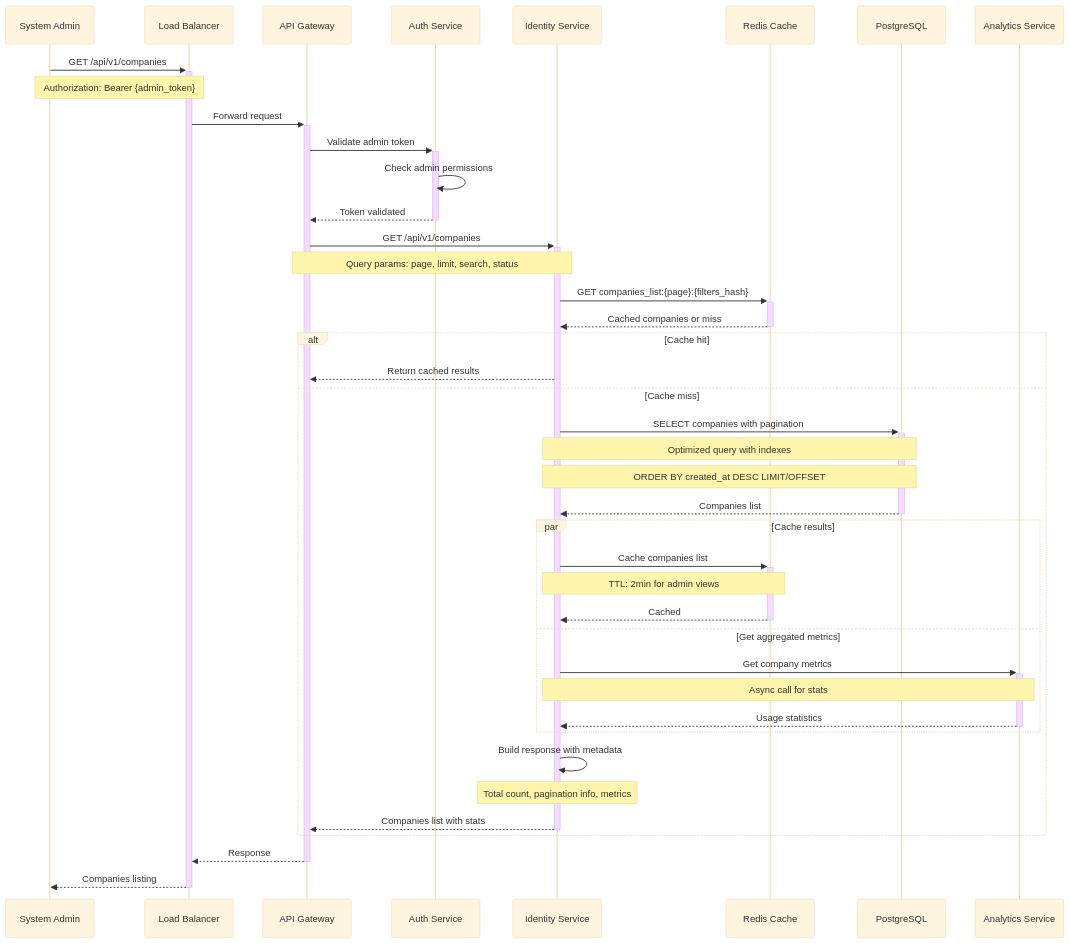
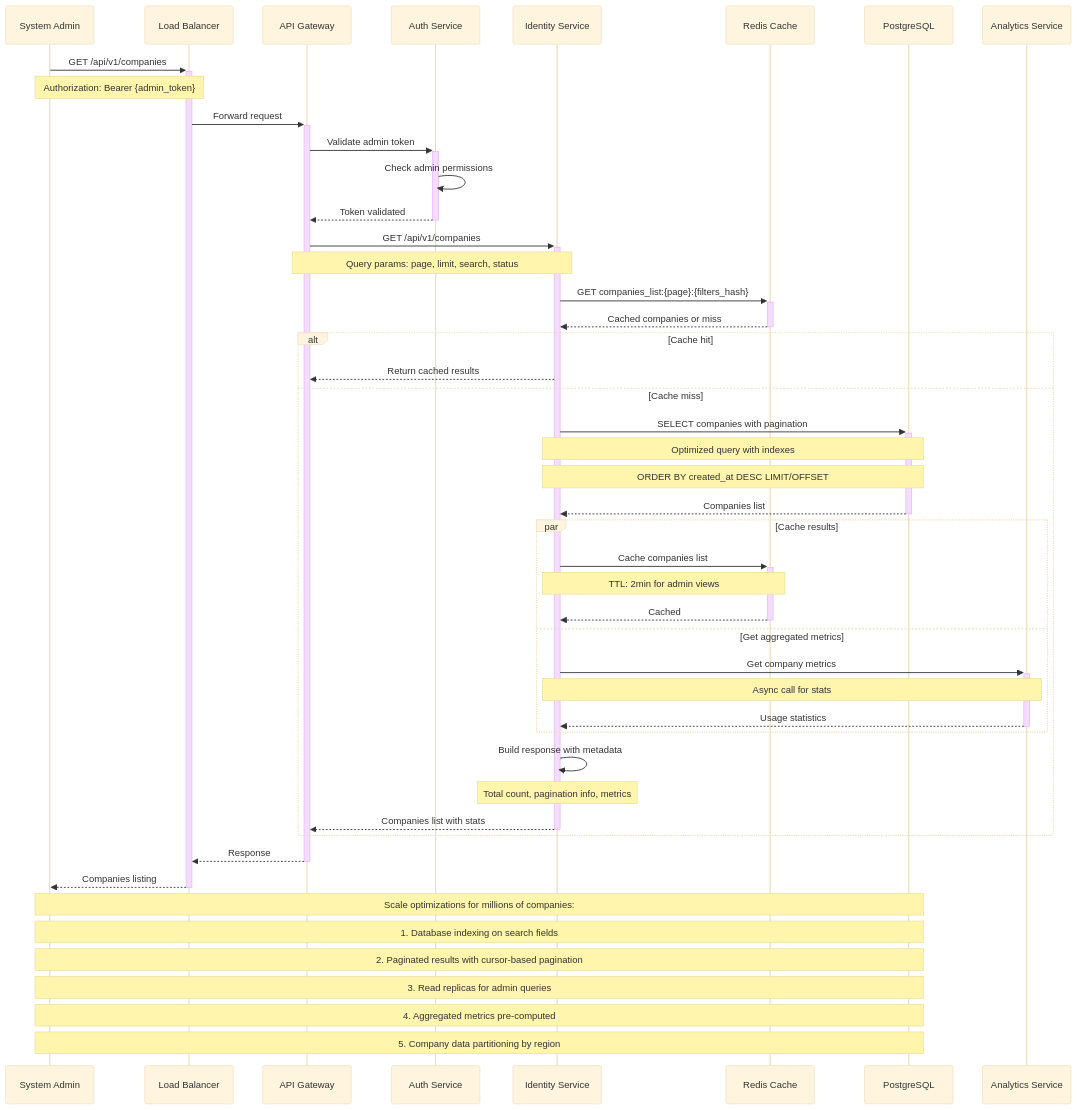
The diagram in doc/sequence_diagrams/identity_org/list_companies.mmd (Youknow2509/cio_verify_face), drawn with Mermaid (base theme) before and after one commit. The commit also changed 46 other files, not shown here.

```diff
--- a/doc/sequence_diagrams/identity_org/list_companies.mmd
+++ b/doc/sequence_diagrams/identity_org/list_companies.mmd
@@ -1,50 +1,57 @@
 sequenceDiagram
     participant Admin as System Admin
     participant LB as Load Balancer
     participant Gateway as API Gateway
     participant Auth as Auth Service
     participant Identity as Identity Service
     participant Cache as Redis Cache
     participant DB as PostgreSQL
     participant Analytics as Analytics Service
 
     Admin->>+LB: GET /api/v1/companies
     Note over Admin,LB: Authorization: Bearer {admin_token}
     
     LB->>+Gateway: Forward request
     Gateway->>+Auth: Validate admin token
     Auth->>Auth: Check admin permissions
     Auth-->>-Gateway: Token validated
     
     Gateway->>+Identity: GET /api/v1/companies
     Note over Gateway,Identity: Query params: page, limit, search, status
     
     Identity->>+Cache: GET companies_list:{page}:{filters_hash}
     Cache-->>-Identity: Cached companies or miss
     
     alt Cache hit
         Identity-->>Gateway: Return cached results
     else Cache miss
         Identity->>+DB: SELECT companies with pagination
         Note over Identity,DB: Optimized query with indexes
         Note over Identity,DB: ORDER BY created_at DESC LIMIT/OFFSET
         DB-->>-Identity: Companies list
         
         par Cache results
             Identity->>+Cache: Cache companies list
             Note over Identity,Cache: TTL: 2min for admin views
             Cache-->>-Identity: Cached
         and Get aggregated metrics
             Identity->>+Analytics: Get company metrics
             Note over Identity,Analytics: Async call for stats
             Analytics-->>-Identity: Usage statistics
         end
         
         Identity->>Identity: Build response with metadata
         Note over Identity: Total count, pagination info, metrics
         
         Identity-->>-Gateway: Companies list with stats
     end
     
     Gateway-->>-LB: Response
     LB-->>-Admin: Companies listing
+    
+    Note over Admin,DB: Scale optimizations for millions of companies:
+    Note over Admin,DB: 1. Database indexing on search fields
+    Note over Admin,DB: 2. Paginated results with cursor-based pagination
+    Note over Admin,DB: 3. Read replicas for admin queries
+    Note over Admin,DB: 4. Aggregated metrics pre-computed
+    Note over Admin,DB: 5. Company data partitioning by region
```
